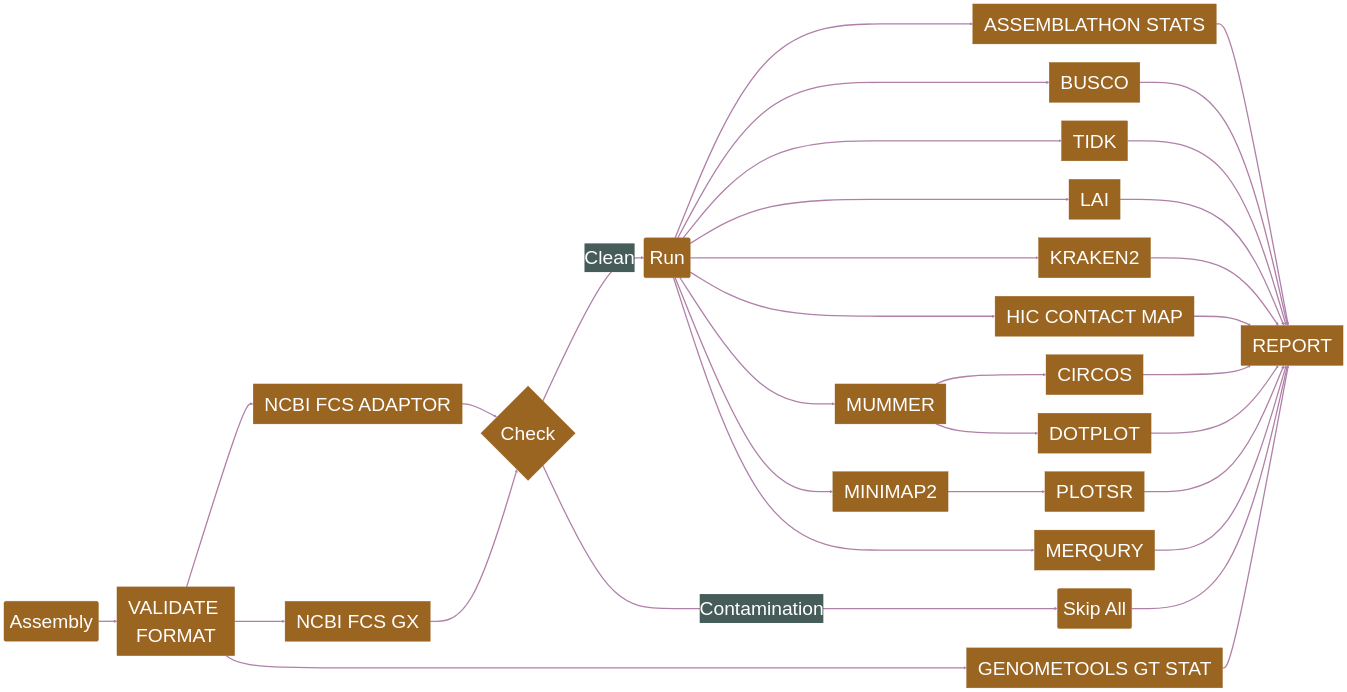
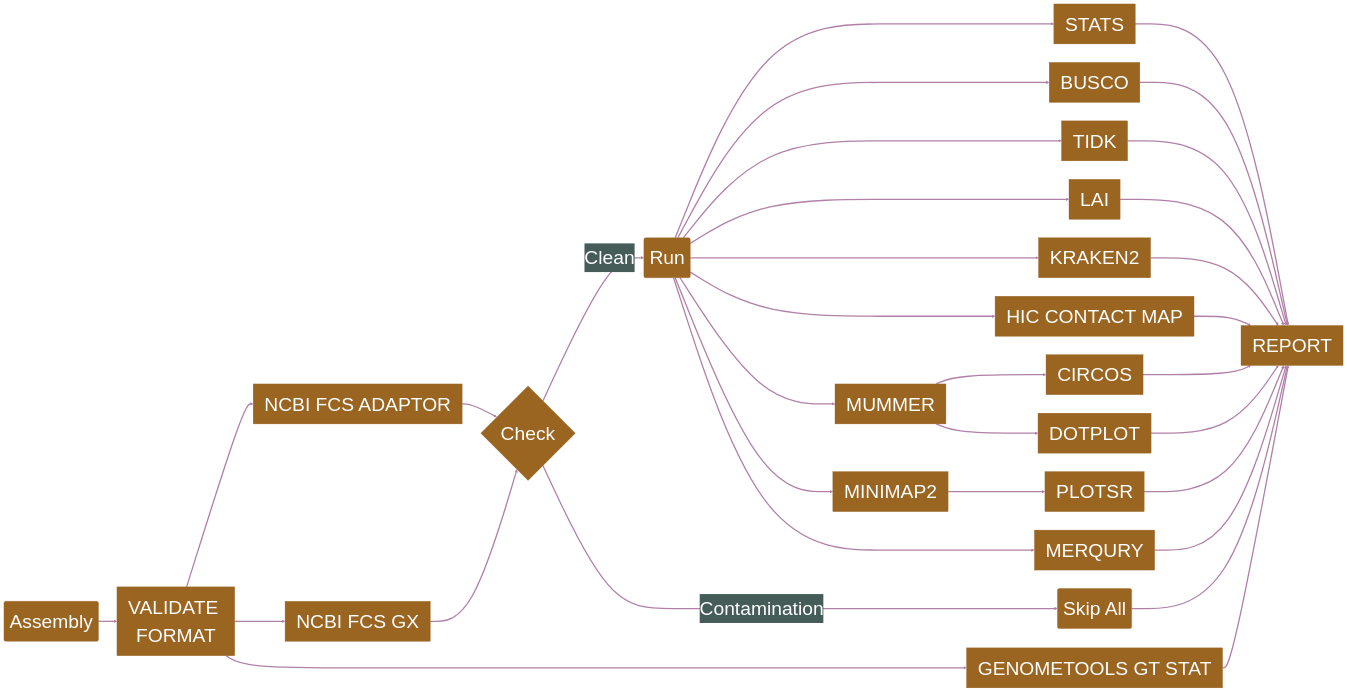
One commit to Plant-Food-Research-Open/assemblyqc changed the diagram in README.md. Above: the diagram before and after it, drawn with Mermaid. The commit also changed other lines of this file and 21 other files, not shown here.

````diff
--- a/README.md
+++ b/README.md
@@ -17,55 +17,55 @@
 ```mermaid
 %%{init: {
     'theme': 'base',
     'themeVariables': {
     'fontSize': '52px",
     'primaryColor': '#9A6421',
     'primaryTextColor': '#ffffff',
     'primaryBorderColor': '#9A6421',
     'lineColor': '#B180A8',
     'secondaryColor': '#455C58',
     'tertiaryColor': '#ffffff'
   }
 }}%%
 flowchart LR
   forEachTag(Assembly) ==> VALIDATE_FORMAT[VALIDATE FORMAT]
 
   VALIDATE_FORMAT ==> ncbiFCS[<span style="white-space: nowrap;">NCBI FCS ADAPTOR</span>]
   ncbiFCS ==> Check{Check}
 
   VALIDATE_FORMAT ==> ncbiGX[<span style="white-space: nowrap;">NCBI FCS GX</span>]
   ncbiGX ==> Check
   Check ==> |Clean|Run(Run)
 
   Check ==> |Contamination|Skip(Skip All)
   Skip ==> REPORT
 
   VALIDATE_FORMAT ==> GFF_STATS[<span style="white-space: nowrap;">GENOMETOOLS GT STAT</span>]
 
-  Run ==> ASS_STATS[<span style="white-space: nowrap;">ASSEMBLATHON STATS</span>]
+  Run ==> ASS_STATS[<span style="white-space: nowrap;">STATS</span>]
   Run ==> BUSCO
   Run ==> TIDK
   Run ==> LAI
   Run ==> KRAKEN2
   Run ==> HIC_CONTACT_MAP[<span style="white-space: nowrap;">HIC CONTACT MAP</span>]
   Run ==> MUMMER
   Run ==> MINIMAP2
   Run ==> MERQURY
 
   MUMMER ==> CIRCOS
   MUMMER ==> DOTPLOT
 
   MINIMAP2 ==> PLOTSR
 
   ASS_STATS ==> REPORT
   GFF_STATS ==> REPORT
   BUSCO ==> REPORT
   TIDK ==> REPORT
   LAI ==> REPORT
   KRAKEN2 ==> REPORT
   HIC_CONTACT_MAP ==> REPORT
   CIRCOS ==> REPORT
   DOTPLOT ==> REPORT
   PLOTSR ==> REPORT
   MERQURY ==> REPORT
 ```
````
